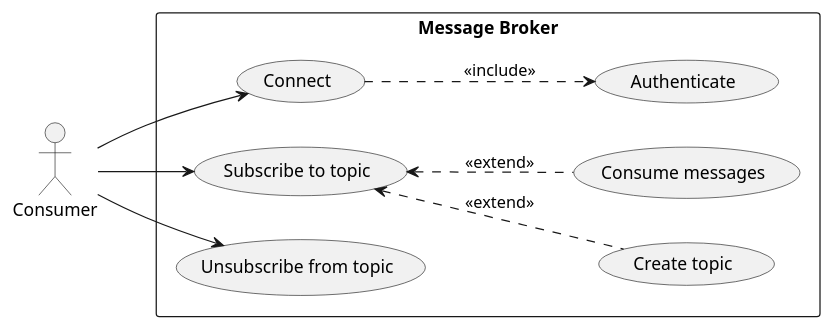
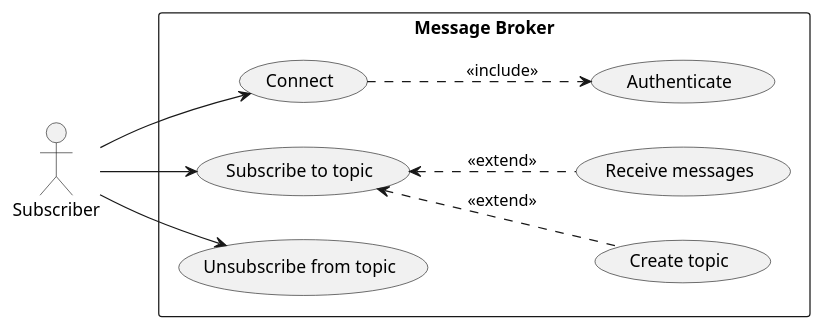
Before and after one commit to Marcel-MD/geo-distributed-message-broker: the diagram in diagrams/use_cons.puml, drawn with PlantUML. The commit also changed 14 other files, not shown here.

```diff
--- a/diagrams/use_cons.puml
+++ b/diagrams/use_cons.puml
@@ -1,22 +1,22 @@
 @startuml
 left to right direction
 
-actor "Consumer" as C
+actor "Subscriber" as C
 
 rectangle "Message Broker" {
   usecase "Authenticate" as A
   usecase "Connect" as CO
   usecase "Create topic" as CT
   usecase "Subscribe to topic" as ST
-  usecase "Consume messages" as CS
+  usecase "Receive messages" as CS
   usecase "Unsubscribe from topic" as UT
 }
 
 C --> CO
 C --> ST
 C --> UT
 
 CO ..> A : <<include>>
 ST <.. CT : <<extend>>
 ST <.. CS : <<extend>>
 @enduml
```
